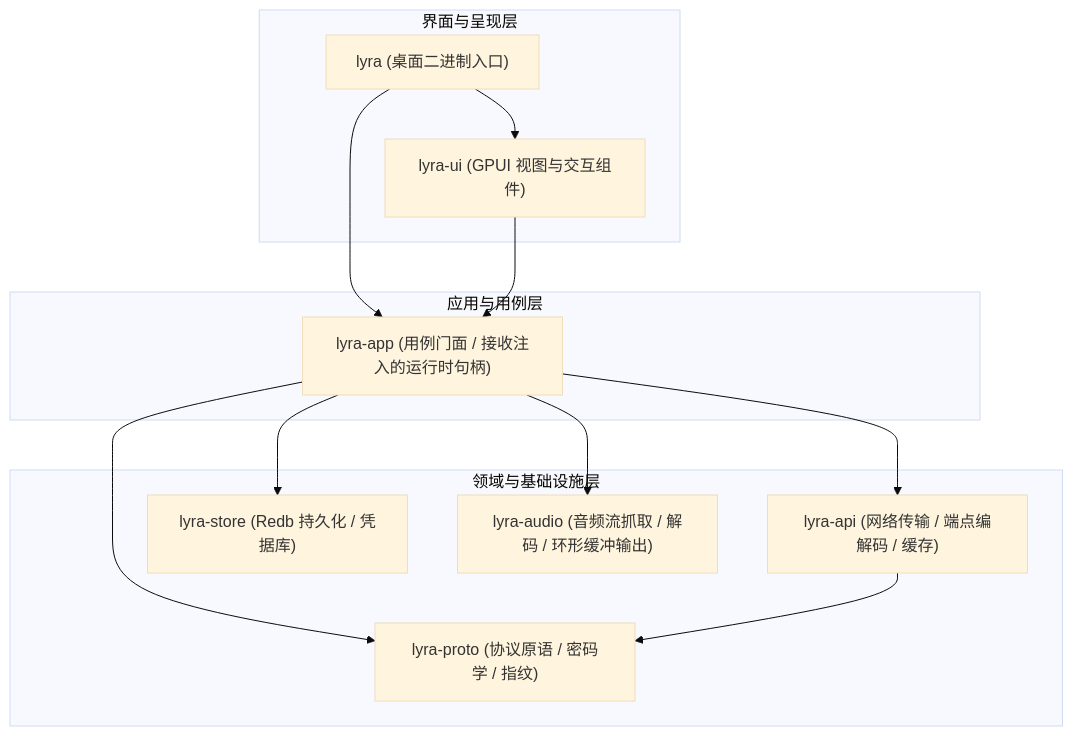
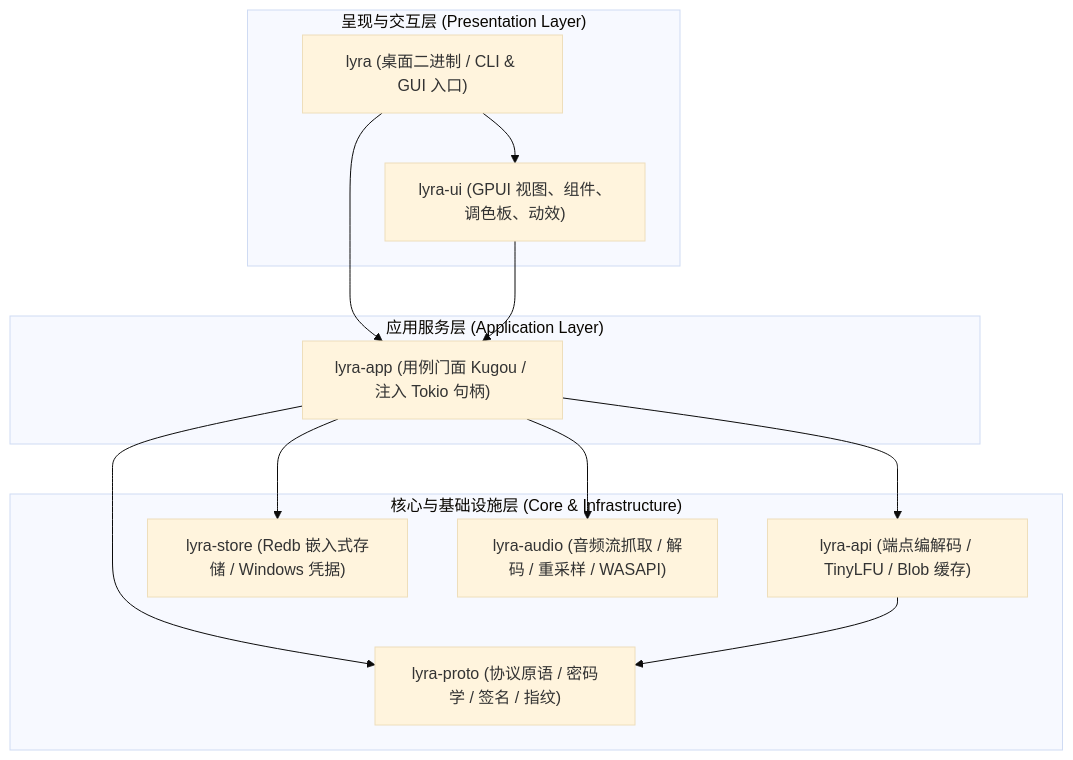
One commit to flyemFSB/lyra changed the diagram in README.md. Above: the diagram before and after it, drawn with Mermaid (base theme). The commit also changed other lines of this file and 25 other files, not shown here.

````diff
--- a/README.md
+++ b/README.md
@@ -48,27 +81,27 @@
 ```mermaid
 flowchart TD
-    subgraph UI ["界面与呈现层"]
-        Desktop["lyra (桌面二进制入口)"]
-        UI_Crate["lyra-ui (GPUI 视图与交互组件)"]
+    subgraph UI_Layer ["呈现与交互层 (Presentation Layer)"]
+        Desktop["lyra (桌面二进制 / CLI & GUI 入口)"]
+        UI_Crate["lyra-ui (GPUI 视图、组件、调色板、动效)"]
     end
 
-    subgraph Service ["应用与用例层"]
-        App["lyra-app (用例门面 / 接收注入的运行时句柄)"]
+    subgraph Application_Layer ["应用服务层 (Application Layer)"]
+        App["lyra-app (用例门面 Kugou / 注入 Tokio 句柄)"]
     end
 
-    subgraph Infrastructure ["领域与基础设施层"]
-        Proto["lyra-proto (协议原语 / 密码学 / 指纹)"]
-        Api["lyra-api (网络传输 / 端点编解码 / 缓存)"]
-        Store["lyra-store (Redb 持久化 / 凭据库)"]
-        Audio["lyra-audio (音频流抓取 / 解码 / 环形缓冲输出)"]
+    subgraph Core_Infrastructure ["核心与基础设施层 (Core & Infrastructure)"]
+        Proto["lyra-proto (协议原语 / 密码学 / 签名 / 指纹)"]
+        Api["lyra-api (端点编解码 / TinyLFU / Blob 缓存)"]
+        Store["lyra-store (Redb 嵌入式存储 / Windows 凭据)"]
+        Audio["lyra-audio (音频流抓取 / 解码 / 重采样 / WASAPI)"]
     end
 
     Desktop --> UI_Crate
     Desktop --> App
     UI_Crate --> App
     App --> Proto
     App --> Api
     App --> Store
     App --> Audio
     Api --> Proto
 ```
````
